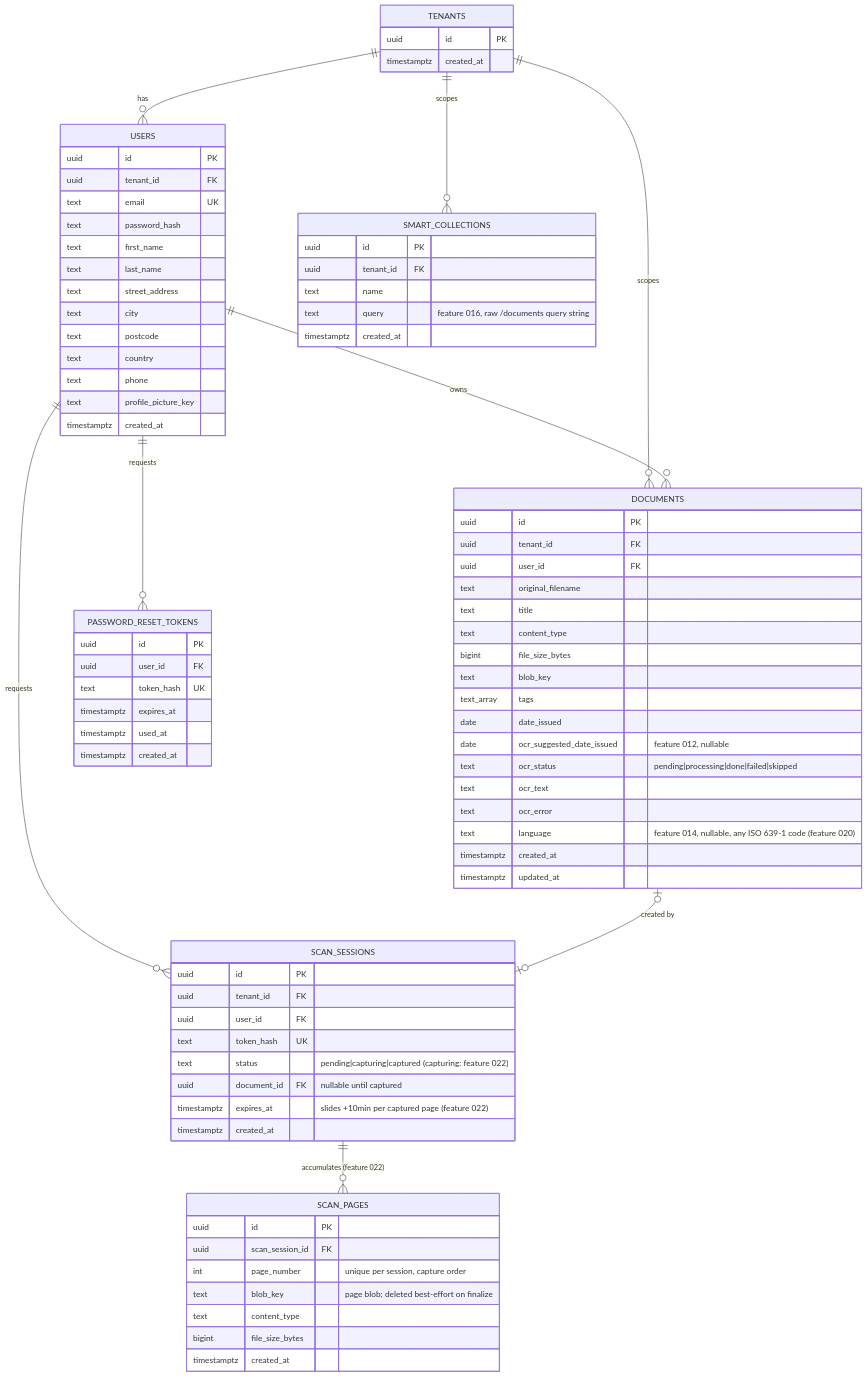
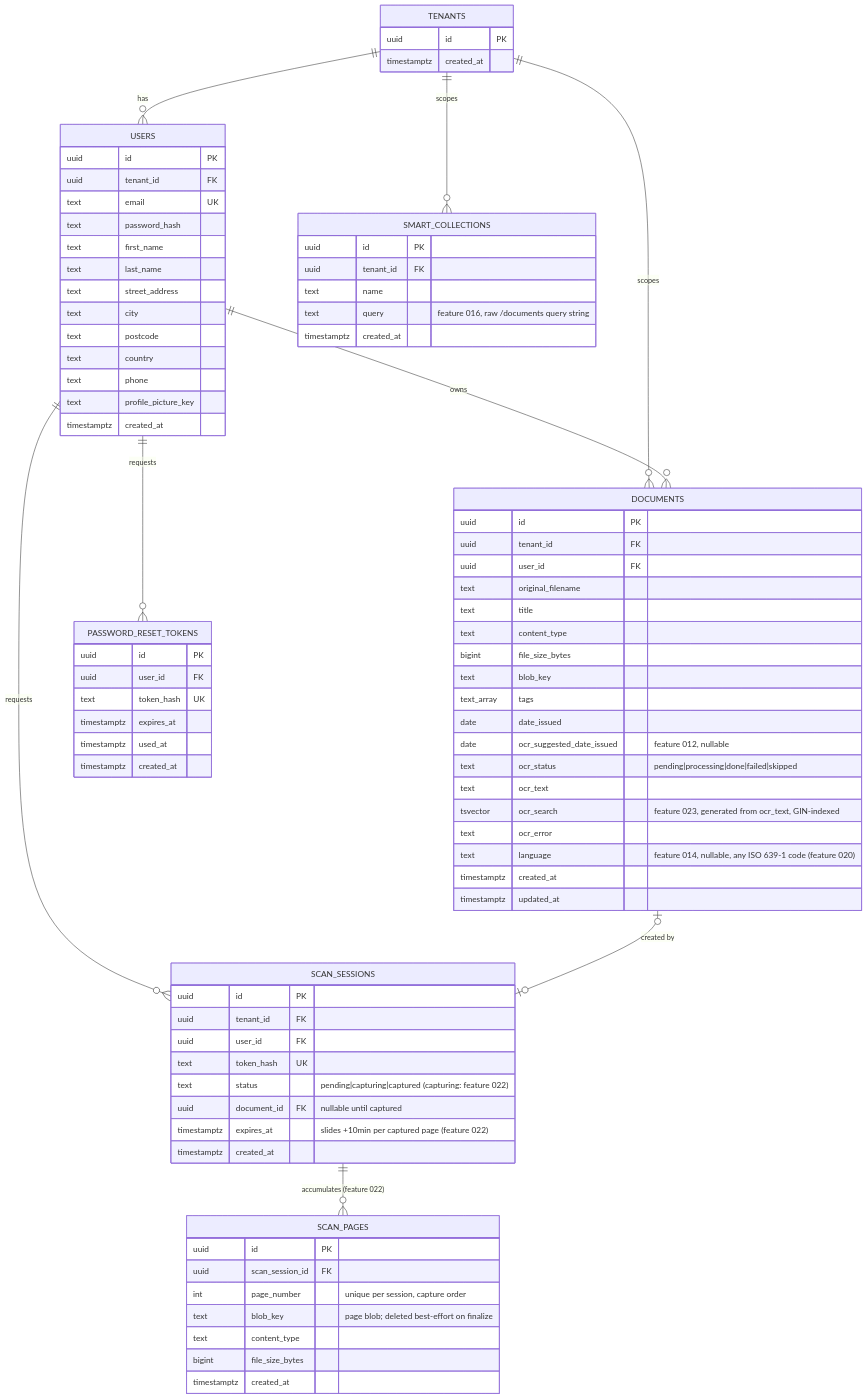
One commit to yaremam/docuflow changed the third of 3 diagrams in docs/ARCHITECTURE.md. Above: the diagram before and after it, drawn with Mermaid. The commit also changed other lines of this file and 15 other files, not shown here.

First line of the commit message:
Add full-text search over OCR'd document text (feature 023)

```diff
--- a/docs/ARCHITECTURE.md
+++ b/docs/ARCHITECTURE.md
@@ -210,6 +210,7 @@
         date ocr_suggested_date_issued "feature 012, nullable"
         text ocr_status "pending|processing|done|failed|skipped"
         text ocr_text
+        tsvector ocr_search "feature 023, generated from ocr_text, GIN-indexed"
         text ocr_error
         text language "feature 014, nullable, any ISO 639-1 code (feature 020)"
         timestamptz created_at
```
